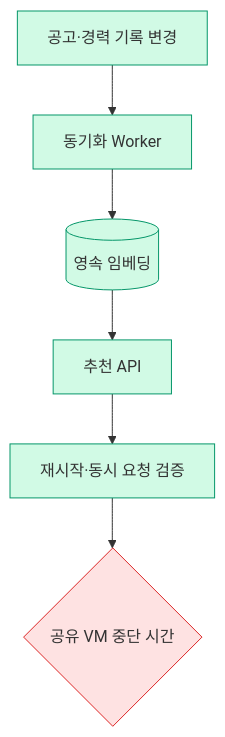
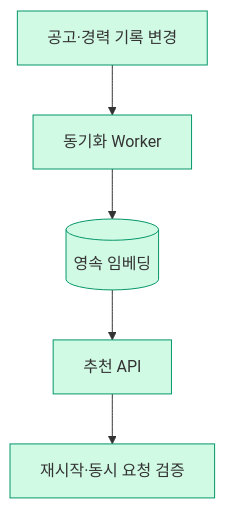
The diagram in .sitrep/sessions/20261119-1752-match-eval/arch.mmd (Expresso-Organization/expresso), drawn with Mermaid before and after one commit. The commit also changed 4 other files, not shown here.

```diff
--- a/.sitrep/sessions/20261119-1752-match-eval/arch.mmd
+++ b/.sitrep/sessions/20261119-1752-match-eval/arch.mmd
@@ -1,13 +1,11 @@
 flowchart TD
   S[공고·경력 기록 변경] --> W[동기화 Worker]
   W --> D[(영속 임베딩)]
   D --> A[추천 API]
   A --> T[재시작·동시 요청 검증]
   classDef done fill:#d1fae5,stroke:#059669
   classDef doing fill:#fef3c7,stroke:#d97706
   classDef decide fill:#fee2e2,stroke:#dc2626
   classDef todo fill:#f3f4f6,stroke:#9ca3af,stroke-dasharray:4
   class S,W,D,A done
   class T done
-  T --> V{공유 VM 중단 시간}
-  class V decide
```
